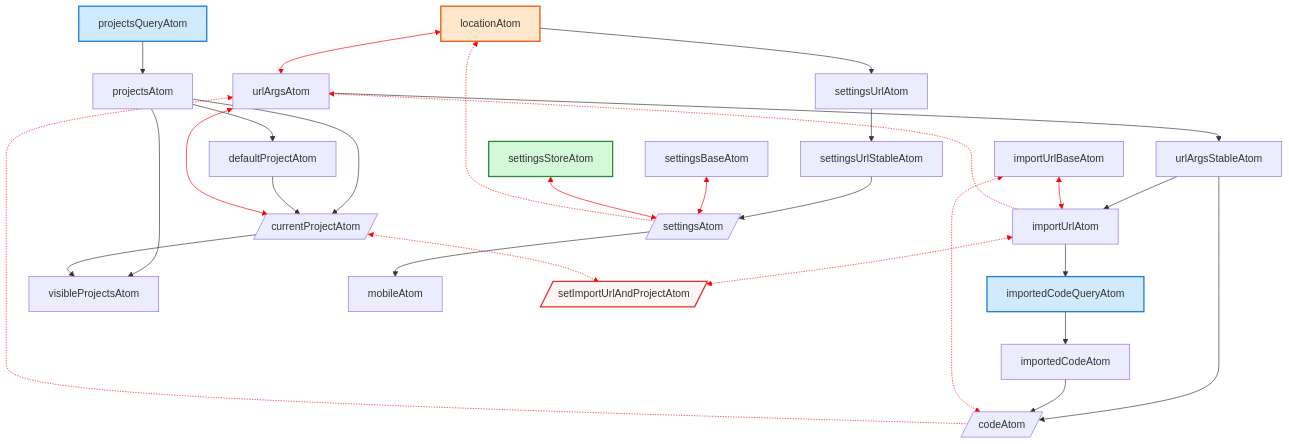
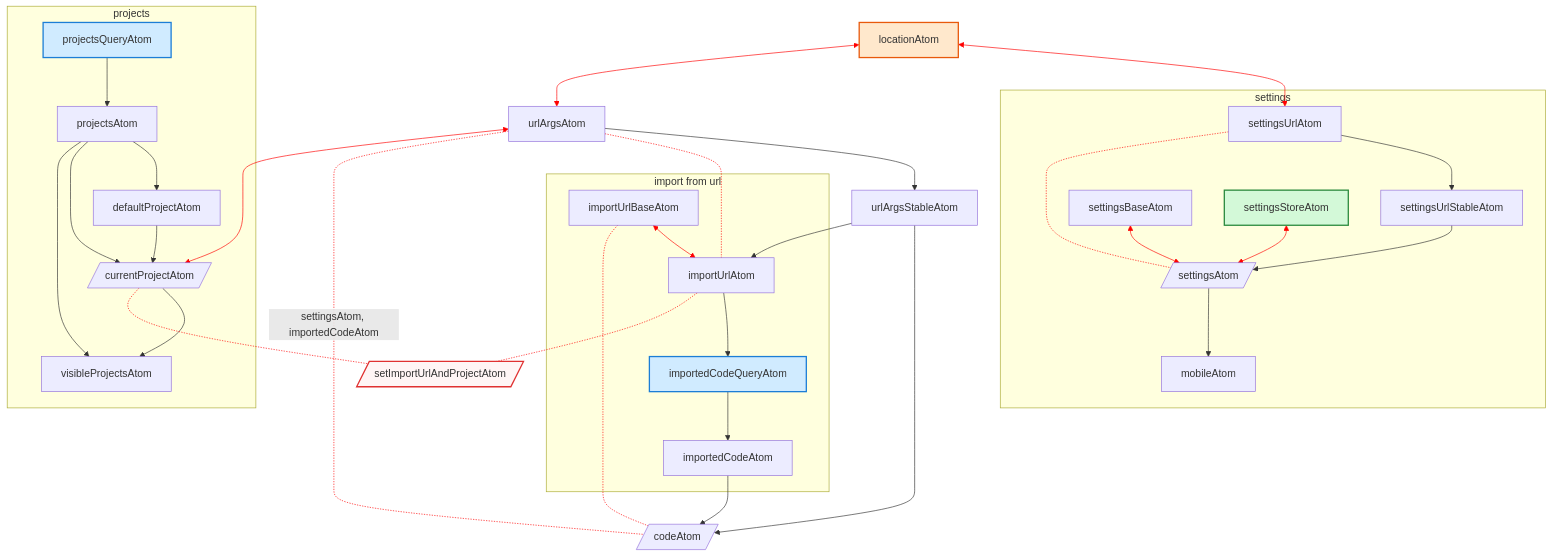
One commit to leanprover-community/lean4web changed the diagram in doc/Development.md. Above: the diagram before and after it, drawn with Mermaid. The commit also changed other lines of this file and 2 other files, not shown here.

Commit message:
cleanup (#106)

````diff
--- a/doc/Development.md
+++ b/doc/Development.md
@@ -45,48 +45,64 @@
 ```mermaid
 graph TD;
 
+  locationAtom
+
   %% getter
+  subgraph projects
+    projectsQueryAtom-->projectsAtom
+    projectsAtom-->defaultProjectAtom;
+    currentProjectAtom[/currentProjectAtom/]
+    defaultProjectAtom-->currentProjectAtom;
+    currentProjectAtom-->visibleProjectsAtom;
+    projectsAtom-->currentProjectAtom;
+    projectsAtom-->visibleProjectsAtom;
+  end
+
+  subgraph settings
+    settingsUrlAtom-->settingsUrlStableAtom;
+    settingsAtom[/settingsAtom/]
+    settingsUrlStableAtom-->settingsAtom;
+    settingsAtom-->mobileAtom;
+    settingsBaseAtom<-->settingsAtom;
+    settingsStoreAtom<-->settingsAtom;
+  end
+
   urlArgsAtom-->urlArgsStableAtom;
   urlArgsStableAtom-->importUrlAtom;
-  importUrlAtom-->importedCodeQueryAtom;
-  importedCodeQueryAtom-->importedCodeAtom;
-  projectsQueryAtom-->projectsAtom
-  projectsAtom-->defaultProjectAtom;
-  currentProjectAtom[/currentProjectAtom/]
-  projectsAtom-->currentProjectAtom;
-  defaultProjectAtom-->currentProjectAtom;
-  projectsAtom-->visibleProjectsAtom;
-  currentProjectAtom-->visibleProjectsAtom;
-  importUrlBaseAtom
-  importUrlAtom
+
+  subgraph import from url
+    importUrlAtom-->importedCodeQueryAtom;
+    importedCodeQueryAtom-->importedCodeAtom;
+
+    importUrlBaseAtom
+    importUrlAtom
+  end
+
   codeAtom[/codeAtom/]
   urlArgsStableAtom-->codeAtom;
   importedCodeAtom-->codeAtom;
-  locationAtom-->settingsUrlAtom;
-  settingsUrlAtom-->settingsUrlStableAtom;
-  settingsAtom[/settingsAtom/]
-  settingsUrlStableAtom-->settingsAtom;
-  settingsAtom-->mobileAtom;
+
 
   %% getter and setter
+  locationAtom<-->settingsUrlAtom;
   locationAtom<-->urlArgsAtom;
   importUrlBaseAtom<-->importUrlAtom;
   urlArgsAtom<-->currentProjectAtom;
-  settingsBaseAtom<-->settingsAtom;
-  settingsStoreAtom<-->settingsAtom;
 
   %% setter
-  importUrlAtom -.-> urlArgsAtom;
-  codeAtom -.-> urlArgsAtom;
-  importUrlBaseAtom <-.-> codeAtom;
-  settingsAtom -.-> locationAtom;
+
+  urlArgsAtom -.- importUrlAtom;
+  urlArgsAtom -.settingsAtom, importedCodeAtom.- codeAtom;
+  importUrlBaseAtom -.- codeAtom;
+  settingsUrlAtom -.- settingsAtom;
 
   setImportUrlAndProjectAtom[/setImportUrlAndProjectAtom/]
-  importUrlAtom <-.-> setImportUrlAndProjectAtom
-  currentProjectAtom <-.-> setImportUrlAndProjectAtom
+  importUrlAtom -.- setImportUrlAndProjectAtom
+  currentProjectAtom -.- setImportUrlAndProjectAtom
 
   %% Styles
-  linkStyle 16 stroke: red;
+  linkStyle 9 stroke: red;
+  linkStyle 10 stroke: red;
   linkStyle 17 stroke: red;
   linkStyle 18 stroke: red;
   linkStyle 19 stroke: red;
````
